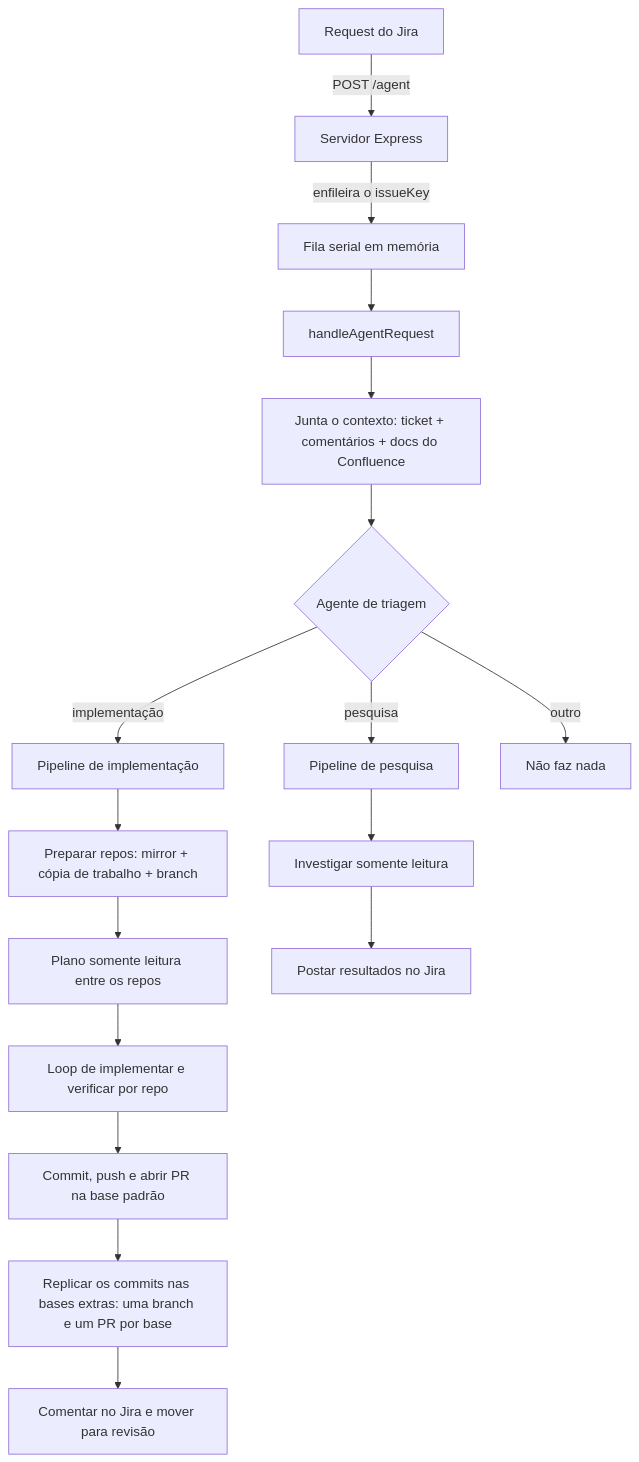
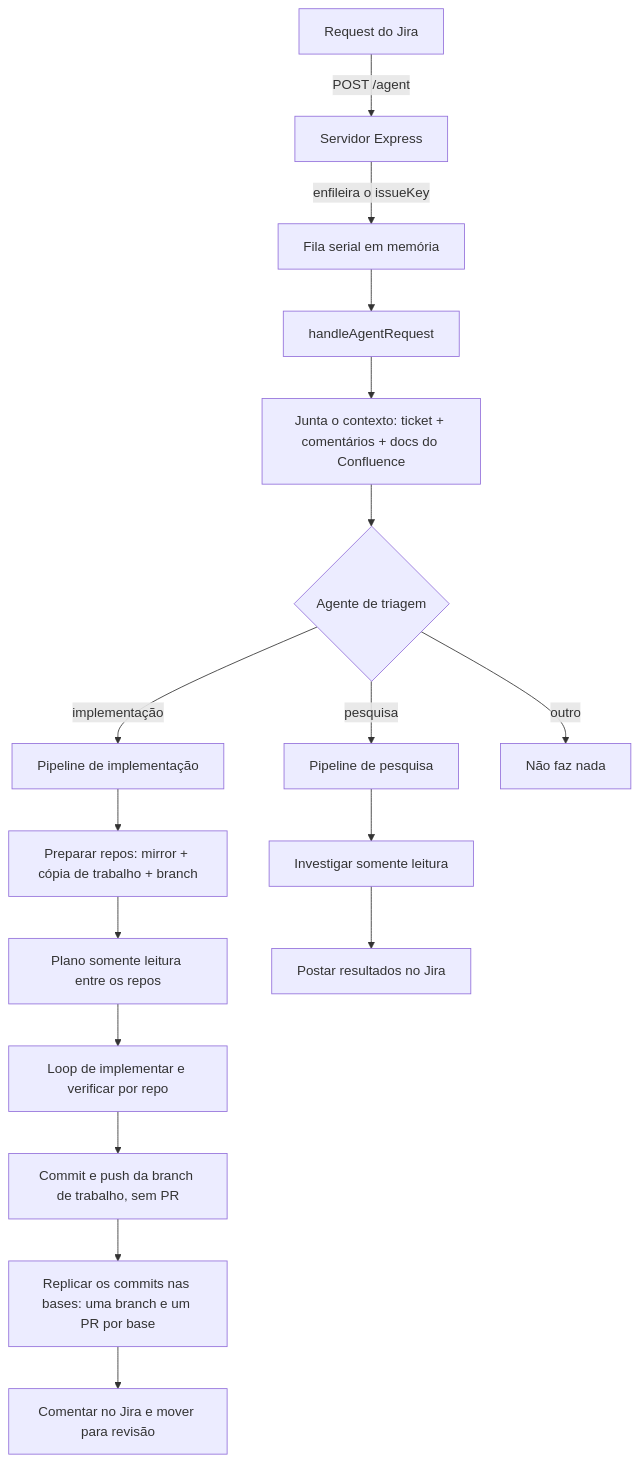
Before and after one commit to jose-pereira-cashme/cashme-agent: the first of 2 diagrams in DESIGN.md, drawn with Mermaid. The commit also changed other lines of this file, not shown here.

Commit message:
fix: clarify branch handling and PR creation process in design document

````diff
--- a/DESIGN.md
+++ b/DESIGN.md
@@ -233,19 +235,19 @@
 ```mermaid
 flowchart TD
   J[Request do Jira] -->|POST /agent| W[Servidor Express]
   W -->|enfileira o issueKey| Q[Fila serial em memória]
   Q --> H[handleAgentRequest]
   H --> C[Junta o contexto: ticket + comentários + docs do Confluence]
   C --> T{Agente de triagem}
   T -->|implementação| I[Pipeline de implementação]
   T -->|pesquisa| R[Pipeline de pesquisa]
   T -->|outro| X[Não faz nada]
   I --> P[Preparar repos: mirror + cópia de trabalho + branch]
   P --> PL[Plano somente leitura entre os repos]
   PL --> IV[Loop de implementar e verificar por repo]
-  IV --> PRc[Commit, push e abrir PR na base padrão]
-  PRc --> RP[Replicar os commits nas bases extras: uma branch e um PR por base]
+  IV --> PRc[Commit e push da branch de trabalho, sem PR]
+  PRc --> RP[Replicar os commits nas bases: uma branch e um PR por base]
   RP --> RPT[Comentar no Jira e mover para revisão]
   R --> RS[Investigar somente leitura]
   RS --> RC[Postar resultados no Jira]
 ```
````
